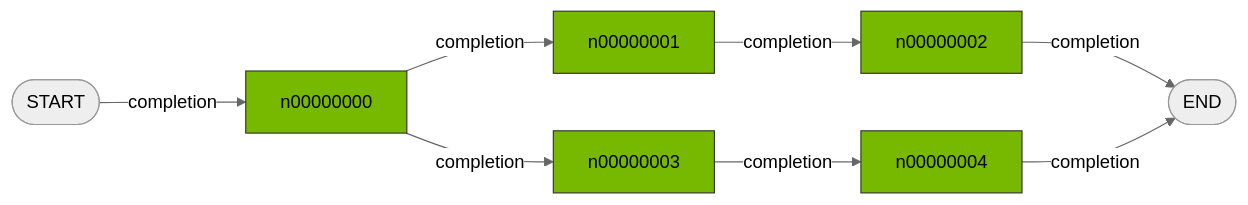
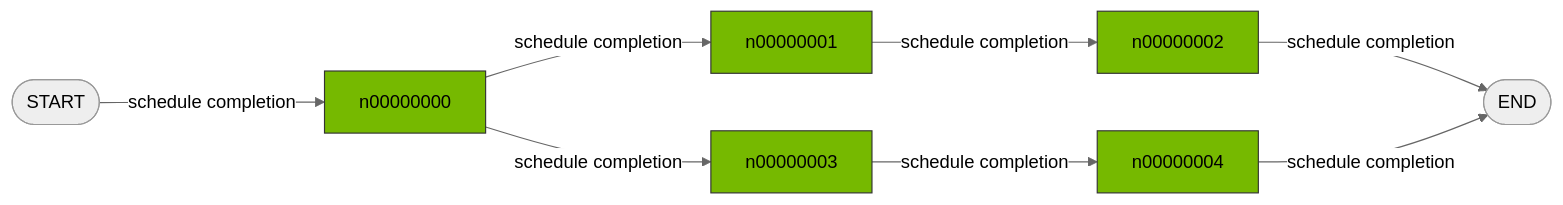
One commit to ai-dynamo/aiperf changed the diagram in rust/cli/tests/goldens/graph_tools/visualize-small.md. Above: the diagram before and after it, drawn with Mermaid (neutral theme). The commit also changed 9 other files, not shown here.

Commit message:
fix(graph): expose every static timing gate

````diff
--- a/rust/cli/tests/goldens/graph_tools/visualize-small.md
+++ b/rust/cli/tests/goldens/graph_tools/visualize-small.md
@@ -3,20 +3,20 @@
 ```mermaid
 flowchart LR
   start(["START"])
   n0["n00000000"]:::llm
   n1["n00000001"]:::llm
   n2["n00000003"]:::llm
   n3["n00000002"]:::llm
   n4["n00000004"]:::llm
   end_node(["END"])
-  start -->|"completion"| n0
-  n0 -->|"completion"| n1
-  n0 -->|"completion"| n2
-  n1 -->|"completion"| n3
-  n2 -->|"completion"| n4
-  n3 -->|"completion"| end_node
-  n4 -->|"completion"| end_node
+  start -->|"schedule completion"| n0
+  n0 -->|"schedule completion"| n1
+  n0 -->|"schedule completion"| n2
+  n1 -->|"schedule completion"| n3
+  n2 -->|"schedule completion"| n4
+  n3 -->|"schedule completion"| end_node
+  n4 -->|"schedule completion"| end_node
   classDef llm fill:#76b900,color:#000,stroke:#333
   classDef tool fill:#5b8def,color:#fff,stroke:#333
   classDef invalid fill:#d9534f,color:#fff,stroke:#333
 ```
````
